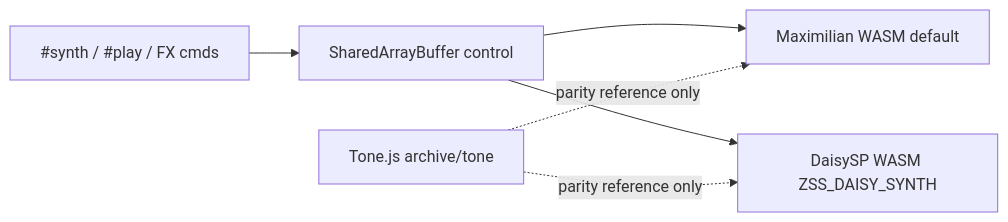
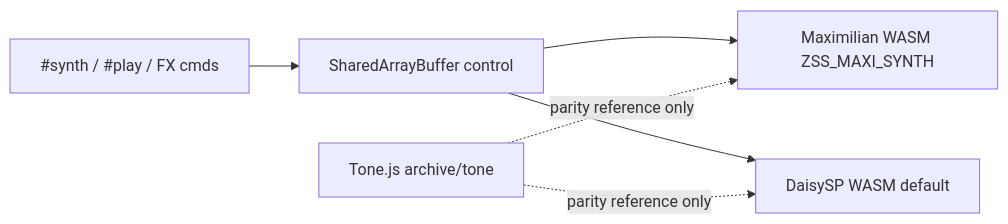
Before and after one commit to goldbuick/zed-software-system: the first of 3 diagrams in zss/feature/synth/docs/implementation-matrix.md, drawn with Mermaid. The commit also changed other lines of this file and 27 other files, not shown here.

Commit message:
daisy synth work

````diff
--- a/zss/feature/synth/docs/implementation-matrix.md
+++ b/zss/feature/synth/docs/implementation-matrix.md
@@ -9,13 +9,13 @@
 ```mermaid
 flowchart LR
   synthCmd["#synth / #play / FX cmds"]
   sab["SharedArrayBuffer control"]
-  maxi["Maximilian WASM default"]
-  daisy["DaisySP WASM ZSS_DAISY_SYNTH"]
+  daisy["DaisySP WASM default"]
+  maxi["Maximilian WASM ZSS_MAXI_SYNTH"]
   tone["Tone.js archive/tone"]
   synthCmd --> sab
   sab --> maxi
   sab --> daisy
   tone -.->|"parity reference only"| maxi
   tone -.->|"parity reference only"| daisy
 ```
````
